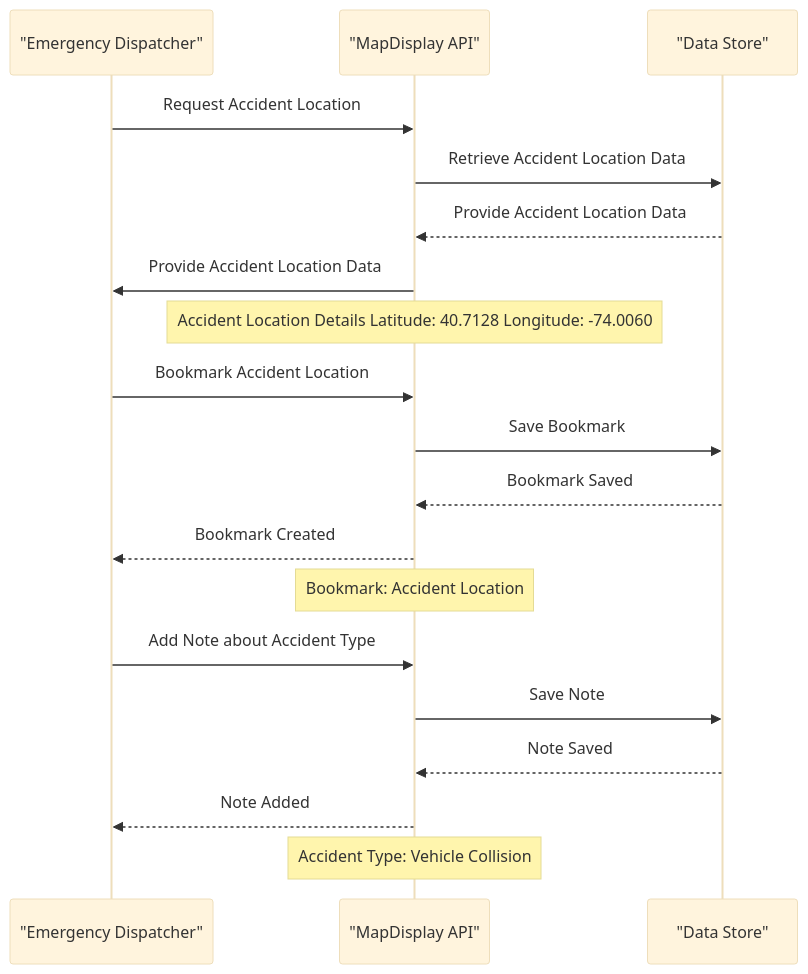
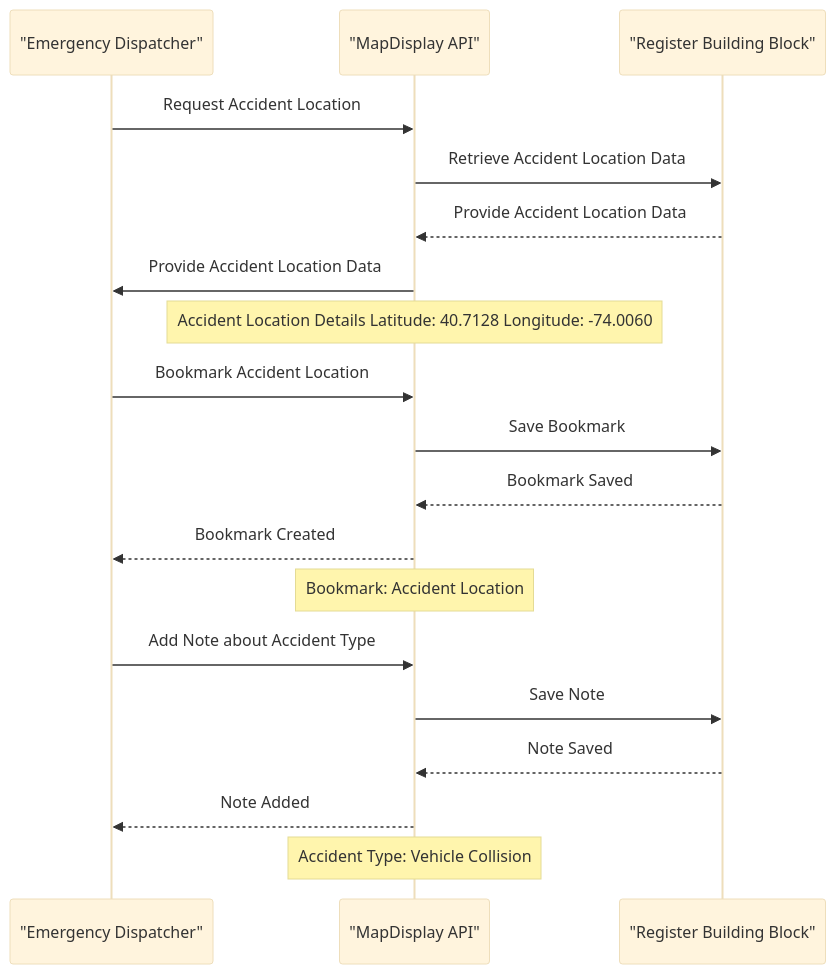
One commit to GovStackWorkingGroup/bb-gis changed the third of 18 diagrams in spec/9-workflows.md. Above: the diagram before and after it, drawn with Mermaid (base theme). The commit also changed other lines of this file and 20 other files, not shown here.

````diff
--- a/spec/9-workflows.md
+++ b/spec/9-workflows.md
@@ -91,27 +91,28 @@
 ```mermaid
 sequenceDiagram
   participant Dispatcher as "Emergency Dispatcher"
   participant MapDisplayAPI as "MapDisplay API"
-  participant DataStore as "Data Store"
+  participant RegisterBB as "Register Building Block"
 
   Dispatcher ->> MapDisplayAPI: Request Accident Location
-  MapDisplayAPI ->> DataStore: Retrieve Accident Location Data
-  DataStore -->> MapDisplayAPI: Provide Accident Location Data
+  MapDisplayAPI ->> RegisterBB: Retrieve Accident Location Data
+  RegisterBB -->> MapDisplayAPI: Provide Accident Location Data
   MapDisplayAPI ->> Dispatcher: Provide Accident Location Data
 
   Note over MapDisplayAPI: Accident Location Details Latitude: 40.7128 Longitude: -74.0060
 
   Dispatcher ->> MapDisplayAPI: Bookmark Accident Location
-  MapDisplayAPI ->> DataStore: Save Bookmark
-  DataStore -->> MapDisplayAPI: Bookmark Saved
+  MapDisplayAPI ->> RegisterBB: Save Bookmark
+  RegisterBB -->> MapDisplayAPI: Bookmark Saved
   MapDisplayAPI -->> Dispatcher: Bookmark Created
 
   Note over MapDisplayAPI: Bookmark: Accident Location
 
   Dispatcher ->> MapDisplayAPI: Add Note about Accident Type
-  MapDisplayAPI ->> DataStore: Save Note
-  DataStore -->> MapDisplayAPI: Note Saved
+  MapDisplayAPI ->> RegisterBB: Save Note
+  RegisterBB -->> MapDisplayAPI: Note Saved
   MapDisplayAPI -->> Dispatcher: Note Added
 
   Note over MapDisplayAPI: Accident Type: Vehicle Collision
+
 ```
````
